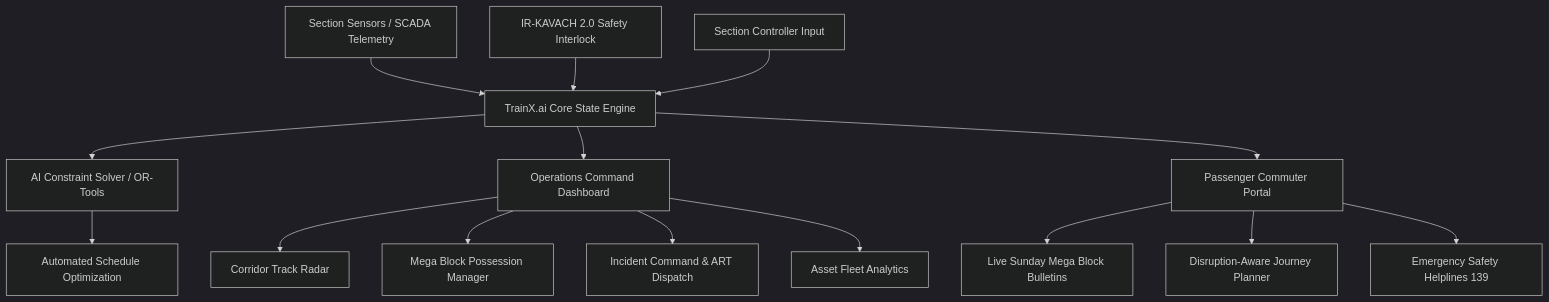
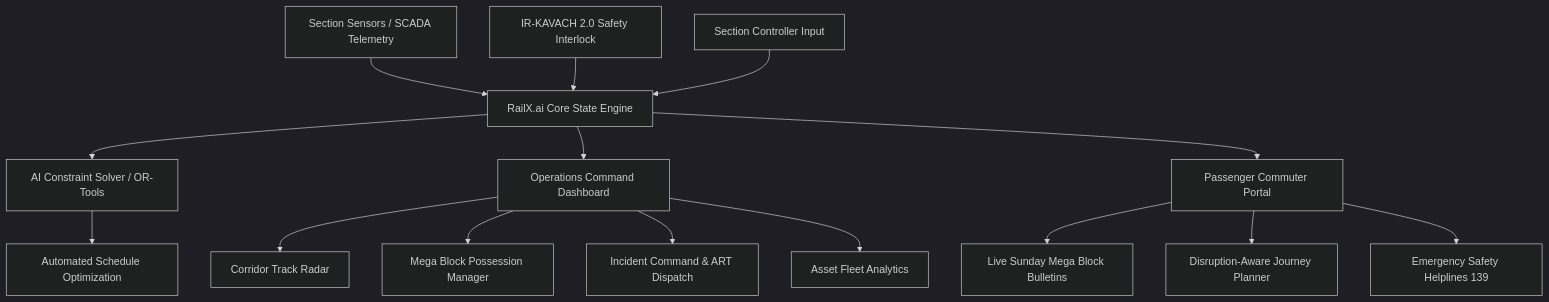
One commit to RailXpro/RailX----ai----Traintech changed the diagram in README.md. Above: the diagram before and after it, drawn with Mermaid (dark theme). The commit also changed other lines of this file and 3 other files, not shown here.

````diff
--- a/README.md
+++ b/README.md
@@ -35,20 +36,20 @@
 ```mermaid
 flowchart TD
-    A[Section Sensors / SCADA Telemetry] --> B[TrainX.ai Core State Engine]
+    A[Section Sensors / SCADA Telemetry] --> B[RailX.ai Core State Engine]
     C[IR-KAVACH 2.0 Safety Interlock] --> B
     D[Section Controller Input] --> B
     
     B --> E[AI Constraint Solver / OR-Tools]
     E --> F[Automated Schedule Optimization]
     
     B --> G[Operations Command Dashboard]
     G --> G1[Corridor Track Radar]
     G --> G2[Mega Block Possession Manager]
     G --> G3[Incident Command & ART Dispatch]
     G --> G4[Asset Fleet Analytics]
     
     B --> H[Passenger Commuter Portal]
     H --> H1[Live Sunday Mega Block Bulletins]
     H --> H2[Disruption-Aware Journey Planner]
     H --> H3[Emergency Safety Helplines 139]
 ```
````
